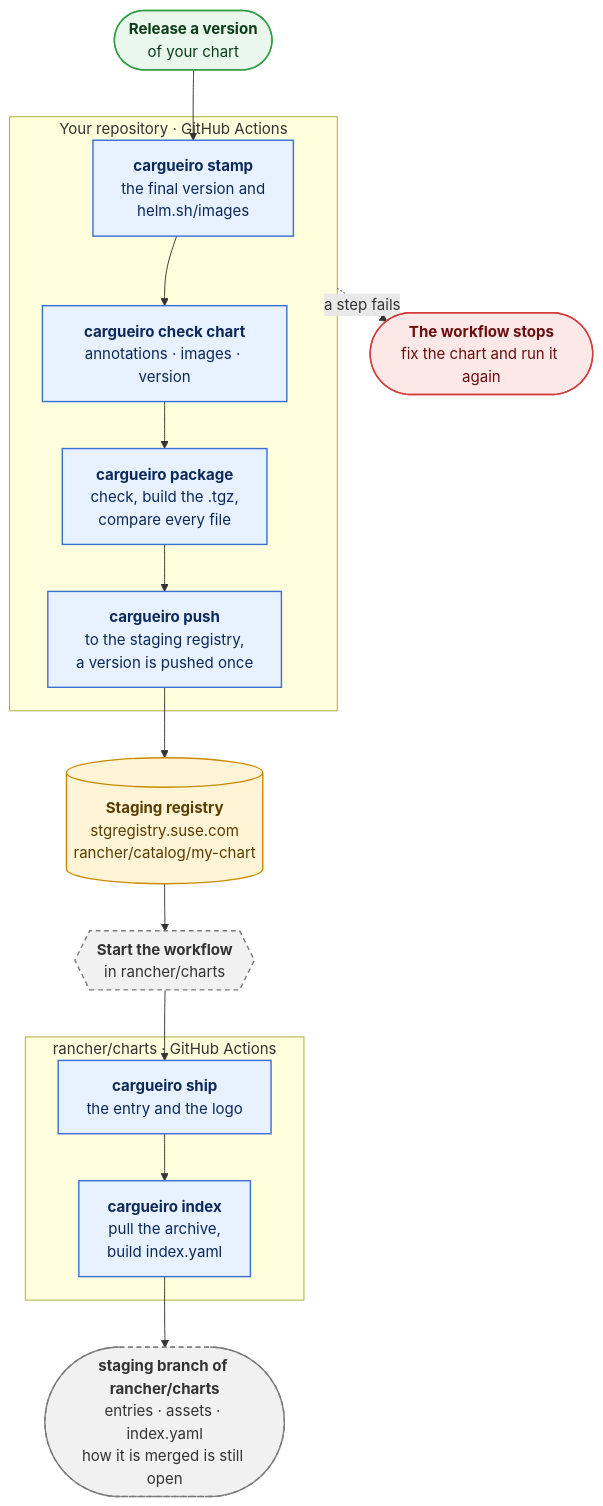
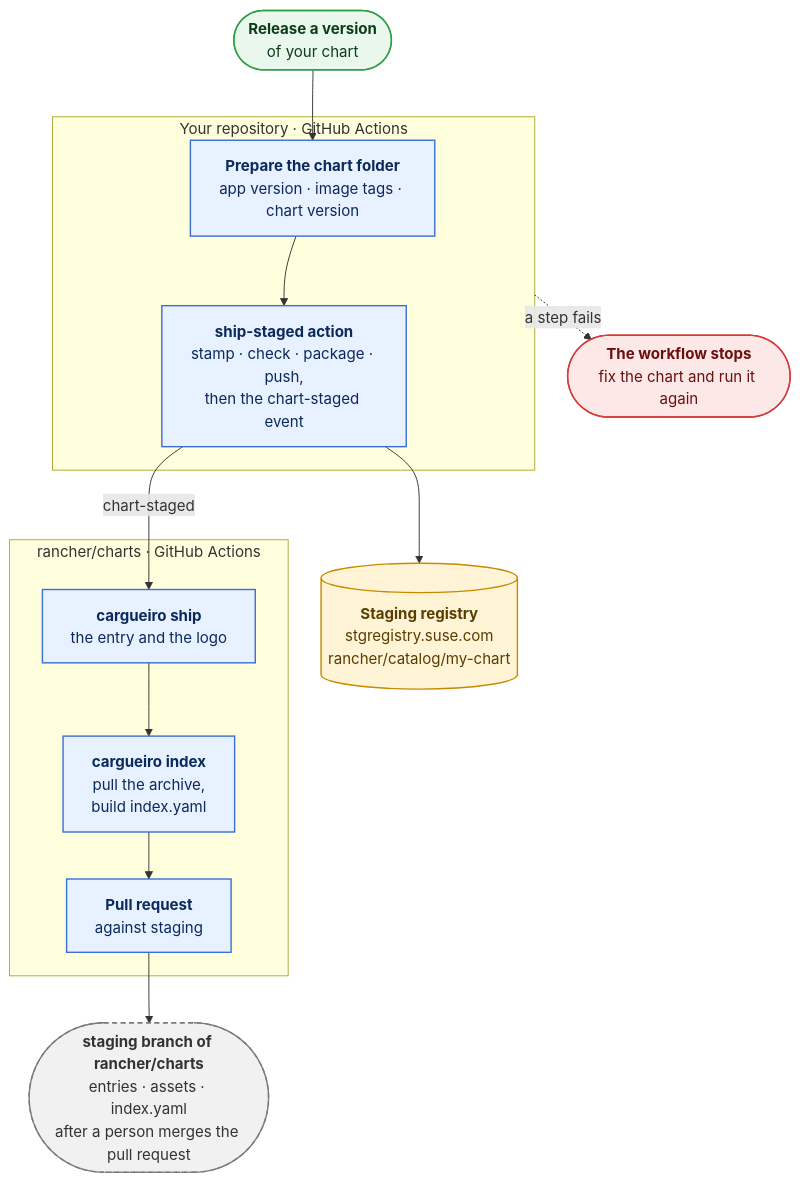
One commit to nicholasSUSE/cargueiro changed the diagram in docs/CHART_OWNER.md. Above: the diagram before and after it, drawn with Mermaid. The commit also changed other lines of this file, not shown here.

Commit message:
docs(chart-owner): guide chart owners through the ship-staged action

````diff
--- a/docs/CHART_OWNER.md
+++ b/docs/CHART_OWNER.md
@@ -9,40 +7,39 @@
 ```mermaid
 flowchart TD
     start(["<b>Release a version</b><br/>of your chart"])
 
     subgraph owner["Your repository · GitHub Actions"]
-        stamp["<b>cargueiro stamp</b><br/>the final version and<br/>helm.sh/images"]
-        check["<b>cargueiro check chart</b><br/>annotations · images · version"]
-        package["<b>cargueiro package</b><br/>check, build the .tgz,<br/>compare every file"]
-        push["<b>cargueiro push</b><br/>to the staging registry,<br/>a version is pushed once"]
-        stamp --> check --> package --> push
+        prepare["<b>Prepare the chart folder</b><br/>app version · image tags · chart version"]
+        action["<b>ship-staged action</b><br/>stamp · check · package · push,<br/>then the chart-staged event"]
+        prepare --> action
     end
 
     failed(["<b>The workflow stops</b><br/>fix the chart and run it again"])
     registry[("<b>Staging registry</b><br/>stgregistry.suse.com<br/>rancher/catalog/my-chart")]
-    trigger{{"<b>Start the workflow</b><br/>in rancher/charts"}}
 
     subgraph charts["rancher/charts · GitHub Actions"]
         ship["<b>cargueiro ship</b><br/>the entry and the logo"]
         index["<b>cargueiro index</b><br/>pull the archive,<br/>build index.yaml"]
-        ship --> index
+        pr["<b>Pull request</b><br/>against staging"]
+        ship --> index --> pr
     end
 
-    staging(["<b>staging branch of rancher/charts</b><br/>entries · assets · index.yaml<br/>how it is merged is still open"])
+    staging(["<b>staging branch of rancher/charts</b><br/>entries · assets · index.yaml<br/>after a person merges the pull request"])
 
-    start --> stamp
+    start --> prepare
     owner -. "a step fails" .-> failed
-    push --> registry --> trigger --> ship
-    index --> staging
+    action --> registry
+    action -- "chart-staged" --> ship
+    pr --> staging
 
     classDef cmd fill:#e8f1ff,stroke:#3b6fd4,stroke-width:1.5px,color:#0b2a5b
     classDef store fill:#fff4d6,stroke:#c98a00,stroke-width:1.5px,color:#5a3d00
     classDef stop fill:#fde8e8,stroke:#d43b3b,stroke-width:1.5px,color:#6b0f0f
     classDef todo fill:#f1f1f1,stroke:#7a7a7a,stroke-width:1.5px,stroke-dasharray:5 4,color:#333
     classDef begin fill:#e9f7ec,stroke:#2f9e44,stroke-width:1.5px,color:#0b3d1a
-    class stamp,check,package,push,ship,index cmd
+    class prepare,action,ship,index,pr cmd
     class registry store
     class failed stop
-    class trigger,staging todo
+    class staging todo
     class start begin
 ```
````
